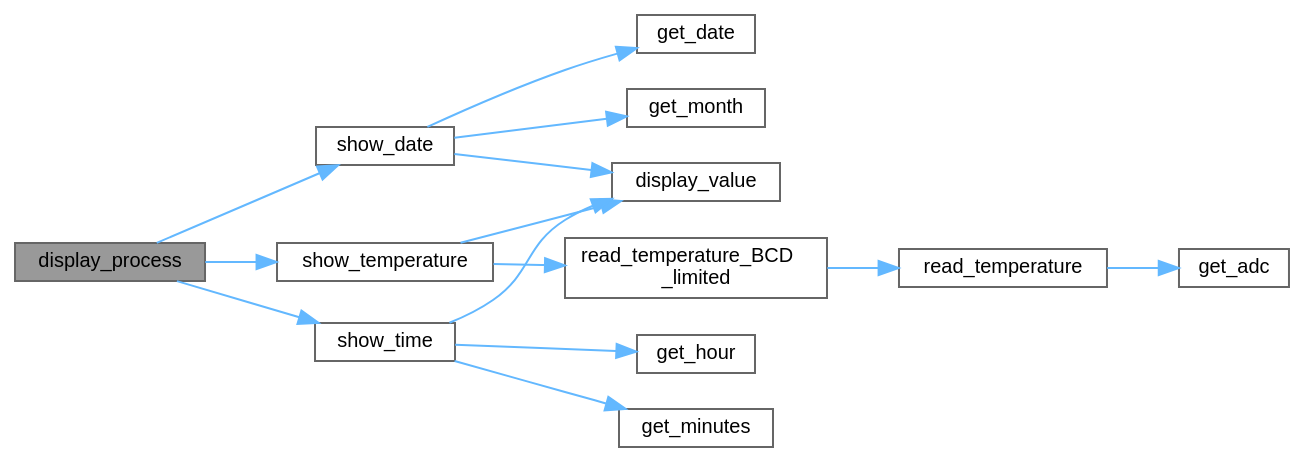
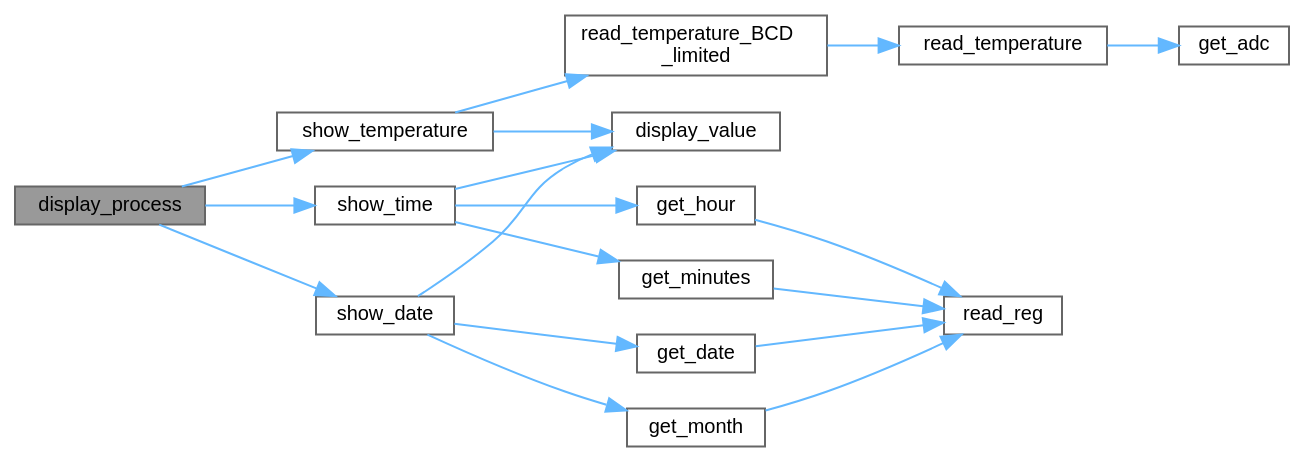
Before and after one commit to Ghaadyy/elevator-controller: the diagram in dev/cabin__display_8c_a623676cea54e765bc09b0150f9f11ee3_cgraph.dot, drawn with Graphviz. The commit also changed 90 other files, not shown here.

```diff
--- a/dev/cabin__display_8c_a623676cea54e765bc09b0150f9f11ee3_cgraph.dot
+++ b/dev/cabin__display_8c_a623676cea54e765bc09b0150f9f11ee3_cgraph.dot
@@ -1,33 +1,38 @@
 digraph "display_process"
 {
  // LATEX_PDF_SIZE
   bgcolor="transparent";
   edge [fontname=Helvetica,fontsize=10,labelfontname=Helvetica,labelfontsize=10];
   node [fontname=Helvetica,fontsize=10,shape=box,height=0.2,width=0.4];
   rankdir="LR";
   Node1 [id="Node000001",label="display_process",height=0.2,width=0.4,color="gray40", fillcolor="grey60", style="filled", fontcolor="black",tooltip="Task that cycles through and displays time, date, and temperature."];
   Node1 -> Node2 [id="edge1_Node000001_Node000002",color="steelblue1",style="solid",tooltip=" "];
   Node2 [id="Node000002",label="show_date",height=0.2,width=0.4,color="grey40", fillcolor="white", style="filled",URL="$cabin__display_8c.html#ac509fb687538ef74425d0afa4758e349",tooltip="Display the current date in (DD MM) format."];
   Node2 -> Node3 [id="edge2_Node000002_Node000003",color="steelblue1",style="solid",tooltip=" "];
   Node3 [id="Node000003",label="display_value",height=0.2,width=0.4,color="grey40", fillcolor="white", style="filled",URL="$cabin__display_8c.html#a1c3320d2f19fbf616c4be1c441dceb0b",tooltip="Display a 2-digit value across two 7-segment displays."];
   Node2 -> Node4 [id="edge3_Node000002_Node000004",color="steelblue1",style="solid",tooltip=" "];
-  Node4 [id="Node000004",label="get_date",height=0.2,width=0.4,color="grey40", fillcolor="white", style="filled",URL="$ds1307_8c.html#a8caf51269a00dcd8d51c4f0118543abf",tooltip="Get the date in BCD format."];
-  Node2 -> Node5 [id="edge4_Node000002_Node000005",color="steelblue1",style="solid",tooltip=" "];
-  Node5 [id="Node000005",label="get_month",height=0.2,width=0.4,color="grey40", fillcolor="white", style="filled",URL="$ds1307_8c.html#a2652d27e01e91f3af49843b6dbecd240",tooltip="Get the month in BCD format."];
-  Node1 -> Node6 [id="edge5_Node000001_Node000006",color="steelblue1",style="solid",tooltip=" "];
-  Node6 [id="Node000006",label="show_temperature",height=0.2,width=0.4,color="grey40", fillcolor="white", style="filled",URL="$cabin__display_8c.html#aedcec35a740c8a26d4d07a7e0e80ba14",tooltip="Display the current temperature in (TT dC) format."];
-  Node6 -> Node3 [id="edge6_Node000006_Node000003",color="steelblue1",style="solid",tooltip=" "];
-  Node6 -> Node7 [id="edge7_Node000006_Node000007",color="steelblue1",style="solid",tooltip=" "];
-  Node7 [id="Node000007",label="read_temperature_BCD\l_limited",height=0.2,width=0.4,color="grey40", fillcolor="white", style="filled",URL="$tempr_8c.html#ae4bae2d28c2da41a357799d6387d0eaa",tooltip="Get the temperature in BCD format limited to 2 digits."];
-  Node7 -> Node8 [id="edge8_Node000007_Node000008",color="steelblue1",style="solid",tooltip=" "];
-  Node8 [id="Node000008",label="read_temperature",height=0.2,width=0.4,color="grey40", fillcolor="white", style="filled",URL="$tempr_8c.html#aed59bb30213aec95f169ab0215d017a3",tooltip="Get the temperature."];
-  Node8 -> Node9 [id="edge9_Node000008_Node000009",color="steelblue1",style="solid",tooltip=" "];
-  Node9 [id="Node000009",label="get_adc",height=0.2,width=0.4,color="grey40", fillcolor="white", style="filled",URL="$adc_8c.html#a038789a6edd6437f57cb5fcd50537611",tooltip=" "];
-  Node1 -> Node10 [id="edge10_Node000001_Node000010",color="steelblue1",style="solid",tooltip=" "];
-  Node10 [id="Node000010",label="show_time",height=0.2,width=0.4,color="grey40", fillcolor="white", style="filled",URL="$cabin__display_8c.html#a60628b78e24af29bb233c390d51385ce",tooltip="Display the current time in (HH:MM) format."];
-  Node10 -> Node3 [id="edge11_Node000010_Node000003",color="steelblue1",style="solid",tooltip=" "];
-  Node10 -> Node11 [id="edge12_Node000010_Node000011",color="steelblue1",style="solid",tooltip=" "];
-  Node11 [id="Node000011",label="get_hour",height=0.2,width=0.4,color="grey40", fillcolor="white", style="filled",URL="$ds1307_8c.html#ac584d2e0b9c3313f3962e20e33da09e9",tooltip="Get the hour in BCD format."];
-  Node10 -> Node12 [id="edge13_Node000010_Node000012",color="steelblue1",style="solid",tooltip=" "];
-  Node12 [id="Node000012",label="get_minutes",height=0.2,width=0.4,color="grey40", fillcolor="white", style="filled",URL="$ds1307_8c.html#a186119669a4f58641ff4fbb96c90c580",tooltip="Get the minutes in BCD format."];
+  Node4 [id="Node000004",label="get_date",height=0.2,width=0.4,color="grey40", fillcolor="white", style="filled",URL="$date_8c.html#a8caf51269a00dcd8d51c4f0118543abf",tooltip="Get the date in BCD format."];
+  Node4 -> Node5 [id="edge4_Node000004_Node000005",color="steelblue1",style="solid",tooltip=" "];
+  Node5 [id="Node000005",label="read_reg",height=0.2,width=0.4,color="grey40", fillcolor="white", style="filled",URL="$ds1307_8c.html#a6eabf08e23fb4e463ca64022323f04d2",tooltip="Reads a DS1307 register value."];
+  Node2 -> Node6 [id="edge5_Node000002_Node000006",color="steelblue1",style="solid",tooltip=" "];
+  Node6 [id="Node000006",label="get_month",height=0.2,width=0.4,color="grey40", fillcolor="white", style="filled",URL="$date_8c.html#a2652d27e01e91f3af49843b6dbecd240",tooltip="Get the month in BCD format."];
+  Node6 -> Node5 [id="edge6_Node000006_Node000005",color="steelblue1",style="solid",tooltip=" "];
+  Node1 -> Node7 [id="edge7_Node000001_Node000007",color="steelblue1",style="solid",tooltip=" "];
+  Node7 [id="Node000007",label="show_temperature",height=0.2,width=0.4,color="grey40", fillcolor="white", style="filled",URL="$cabin__display_8c.html#aedcec35a740c8a26d4d07a7e0e80ba14",tooltip="Display the current temperature in (TT dC) format."];
+  Node7 -> Node3 [id="edge8_Node000007_Node000003",color="steelblue1",style="solid",tooltip=" "];
+  Node7 -> Node8 [id="edge9_Node000007_Node000008",color="steelblue1",style="solid",tooltip=" "];
+  Node8 [id="Node000008",label="read_temperature_BCD\l_limited",height=0.2,width=0.4,color="grey40", fillcolor="white", style="filled",URL="$tempr_8c.html#ae4bae2d28c2da41a357799d6387d0eaa",tooltip="Get the temperature in BCD format limited to 2 digits."];
+  Node8 -> Node9 [id="edge10_Node000008_Node000009",color="steelblue1",style="solid",tooltip=" "];
+  Node9 [id="Node000009",label="read_temperature",height=0.2,width=0.4,color="grey40", fillcolor="white", style="filled",URL="$tempr_8c.html#aed59bb30213aec95f169ab0215d017a3",tooltip="Get the temperature."];
+  Node9 -> Node10 [id="edge11_Node000009_Node000010",color="steelblue1",style="solid",tooltip=" "];
+  Node10 [id="Node000010",label="get_adc",height=0.2,width=0.4,color="grey40", fillcolor="white", style="filled",URL="$adc_8c.html#a038789a6edd6437f57cb5fcd50537611",tooltip=" "];
+  Node1 -> Node11 [id="edge12_Node000001_Node000011",color="steelblue1",style="solid",tooltip=" "];
+  Node11 [id="Node000011",label="show_time",height=0.2,width=0.4,color="grey40", fillcolor="white", style="filled",URL="$cabin__display_8c.html#a60628b78e24af29bb233c390d51385ce",tooltip="Display the current time in (HH:MM) format."];
+  Node11 -> Node3 [id="edge13_Node000011_Node000003",color="steelblue1",style="solid",tooltip=" "];
+  Node11 -> Node12 [id="edge14_Node000011_Node000012",color="steelblue1",style="solid",tooltip=" "];
+  Node12 [id="Node000012",label="get_hour",height=0.2,width=0.4,color="grey40", fillcolor="white", style="filled",URL="$date_8c.html#ac584d2e0b9c3313f3962e20e33da09e9",tooltip="Get the hour in BCD format."];
+  Node12 -> Node5 [id="edge15_Node000012_Node000005",color="steelblue1",style="solid",tooltip=" "];
+  Node11 -> Node13 [id="edge16_Node000011_Node000013",color="steelblue1",style="solid",tooltip=" "];
+  Node13 [id="Node000013",label="get_minutes",height=0.2,width=0.4,color="grey40", fillcolor="white", style="filled",URL="$date_8c.html#a186119669a4f58641ff4fbb96c90c580",tooltip="Get the minutes in BCD format."];
+  Node13 -> Node5 [id="edge17_Node000013_Node000005",color="steelblue1",style="solid",tooltip=" "];
 }
```
